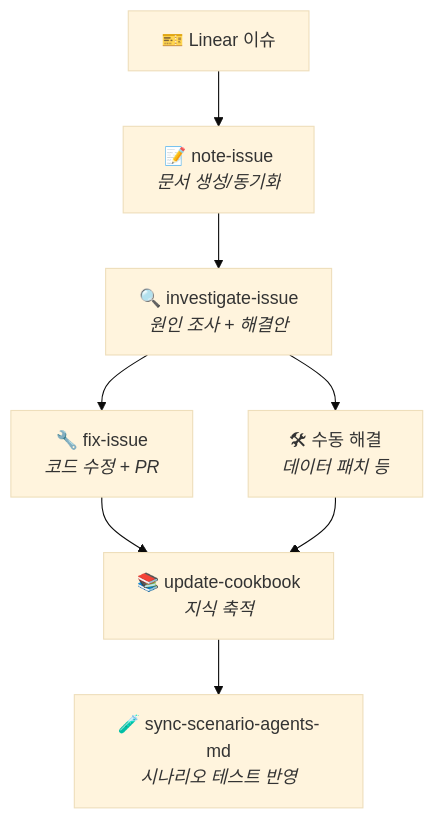
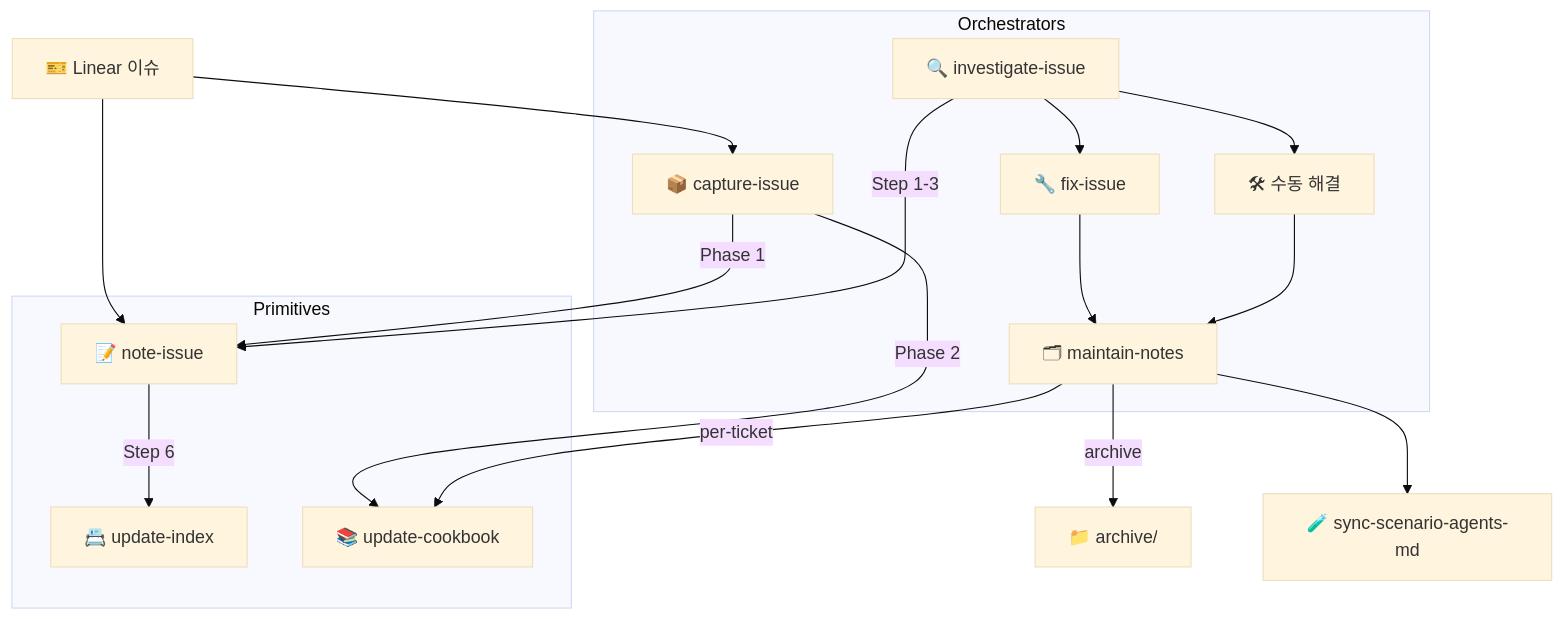
One commit to flex-team/flex-oncall changed the fifth of 5 diagrams in .claude/commands/ops/README.adoc. Above: the diagram before and after it, drawn with Mermaid (base theme). The commit also changed other lines of this file and 1 other file, not shown here.

```diff
--- a/.claude/commands/ops/README.adoc
+++ b/.claude/commands/ops/README.adoc
@@ -231,11 +332,25 @@
 [mermaid]
 ....
 graph TD
-    A["🎫 Linear 이슈"] --> B["📝 note-issue<br/><i>문서 생성/동기화</i>"]
-    B --> C["🔍 investigate-issue<br/><i>원인 조사 + 해결안</i>"]
-    C --> D["🔧 fix-issue<br/><i>코드 수정 + PR</i>"]
-    C --> E["🛠 수동 해결<br/><i>데이터 패치 등</i>"]
-    D --> F["📚 update-cookbook<br/><i>지식 축적</i>"]
-    E --> F
-    F --> G["🧪 sync-scenario-agents-md<br/><i>시나리오 테스트 반영</i>"]
+    LI["🎫 Linear 이슈"] --> CI["📦 capture-issue"]
+    LI --> NI
+
+    subgraph "Primitives"
+        NI["📝 note-issue"] -->|"Step 6"| UI["📇 update-index"]
+        UC["📚 update-cookbook"]
+    end
+
+    subgraph "Orchestrators"
+        CI -->|"Phase 1"| NI
+        CI -->|"Phase 2"| UC
+        II["🔍 investigate-issue"] -->|"Step 1-3"| NI
+        II --> FI["🔧 fix-issue"]
+        II --> MH["🛠 수동 해결"]
+        MN["🗂 maintain-notes"] -->|"per-ticket"| UC
+    end
+
+    FI --> MN
+    MH --> MN
+    MN -->|"archive"| AR["📁 archive/"]
+    MN --> SS["🧪 sync-scenario-agents-md"]
 ....
```
